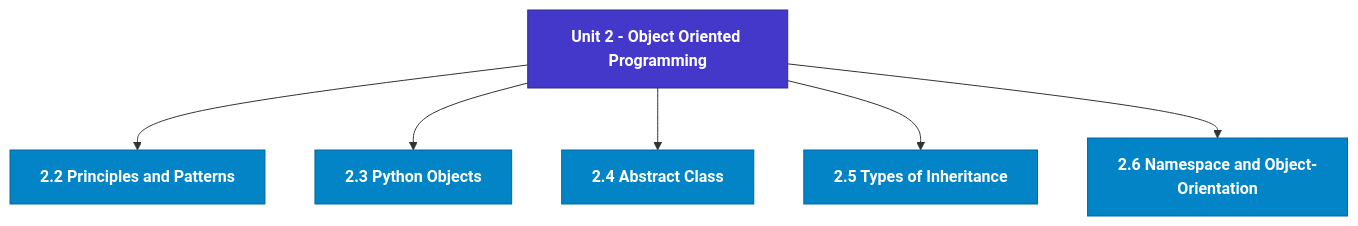
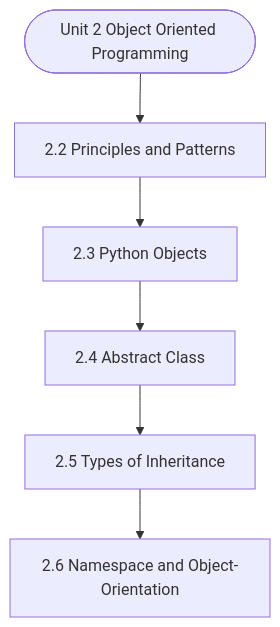
The diagram in notes/Semester_1/MCS-063_Data_Structures_using_Python/unit_02_Object_Oriented_Programming.md (Asutosh-Coaching/mscdsa), drawn with Mermaid before and after one commit. The commit also changed other lines of this file and 115 other files, not shown here.

Commit message:
Fix Mermaid layout for mobile, isolate LaTeX delimiters, and add GitHub Pages reader

````diff
--- a/notes/Semester_1/MCS-063_Data_Structures_using_Python/unit_02_Object_Oriented_Programming.md
+++ b/notes/Semester_1/MCS-063_Data_Structures_using_Python/unit_02_Object_Oriented_Programming.md
@@ -19,19 +19,14 @@
 ```mermaid
 flowchart TD
-  %% Styling Definitions
-  classDef head fill:#4338ca,stroke:#312e81,color:#ffffff,font-weight:bold;
-  classDef topic fill:#0284c7,stroke:#0369a1,color:#ffffff,font-weight:600;
-  classDef sub fill:#1e293b,stroke:#475569,color:#f8fafc;
-
-  Root["Unit 2 - Object Oriented Programming"]:::head
-  M1["2.2 Principles and Patterns"]:::topic
-  Root --> M1
-  M2["2.3 Python Objects"]:::topic
-  Root --> M2
-  M3["2.4 Abstract Class"]:::topic
-  Root --> M3
-  M4["2.5 Types of Inheritance"]:::topic
-  Root --> M4
-  M5["2.6 Namespace and Object-Orientation"]:::topic
-  Root --> M5
+  Start(["Unit 2 Object Oriented Programming"])
+  N1["2.2 Principles and Patterns"]
+  N2["2.3 Python Objects"]
+  N3["2.4 Abstract Class"]
+  N4["2.5 Types of Inheritance"]
+  N5["2.6 Namespace and Object-Orientation"]
+  Start --> N1
+  N1 --> N2
+  N2 --> N3
+  N3 --> N4
+  N4 --> N5
 ```
````
